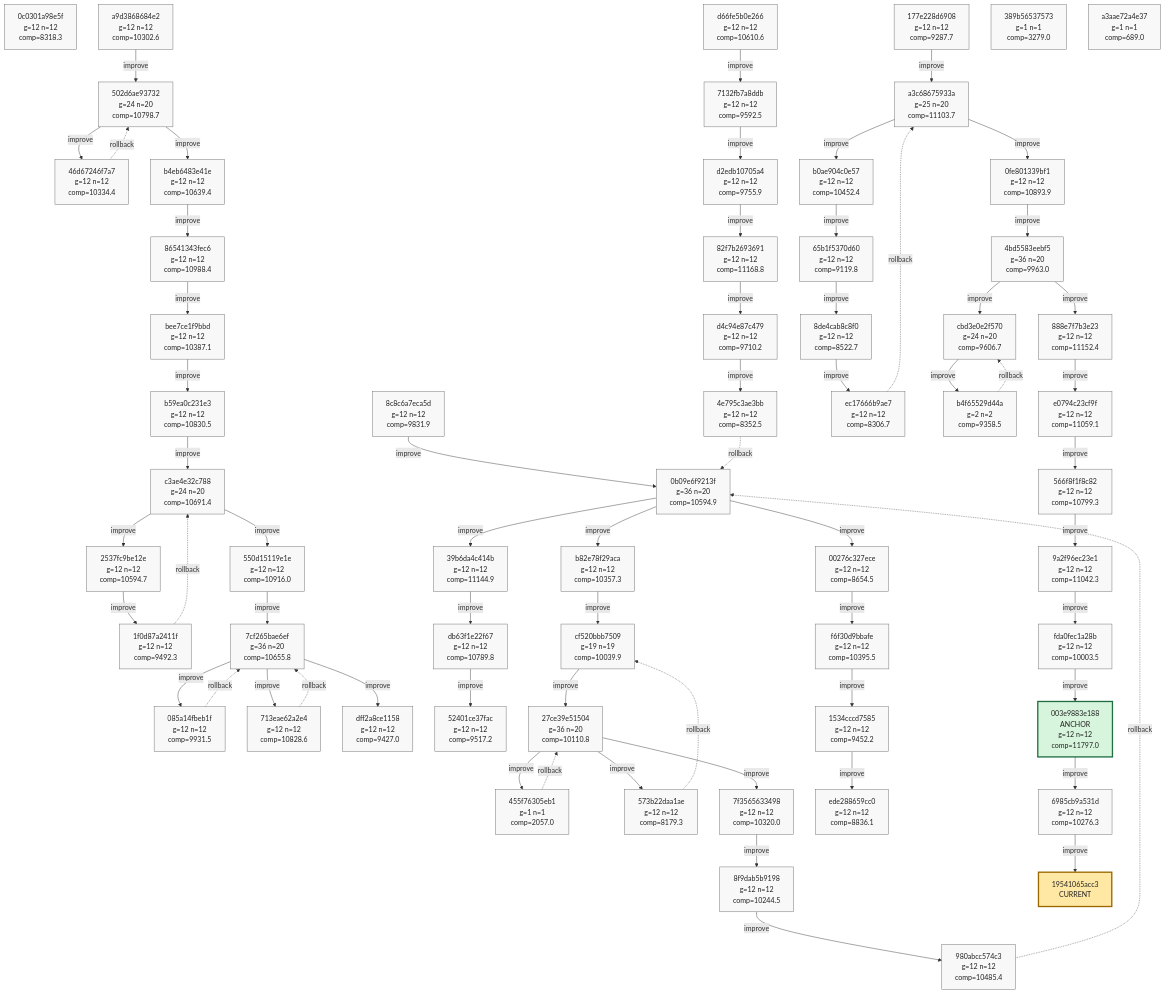
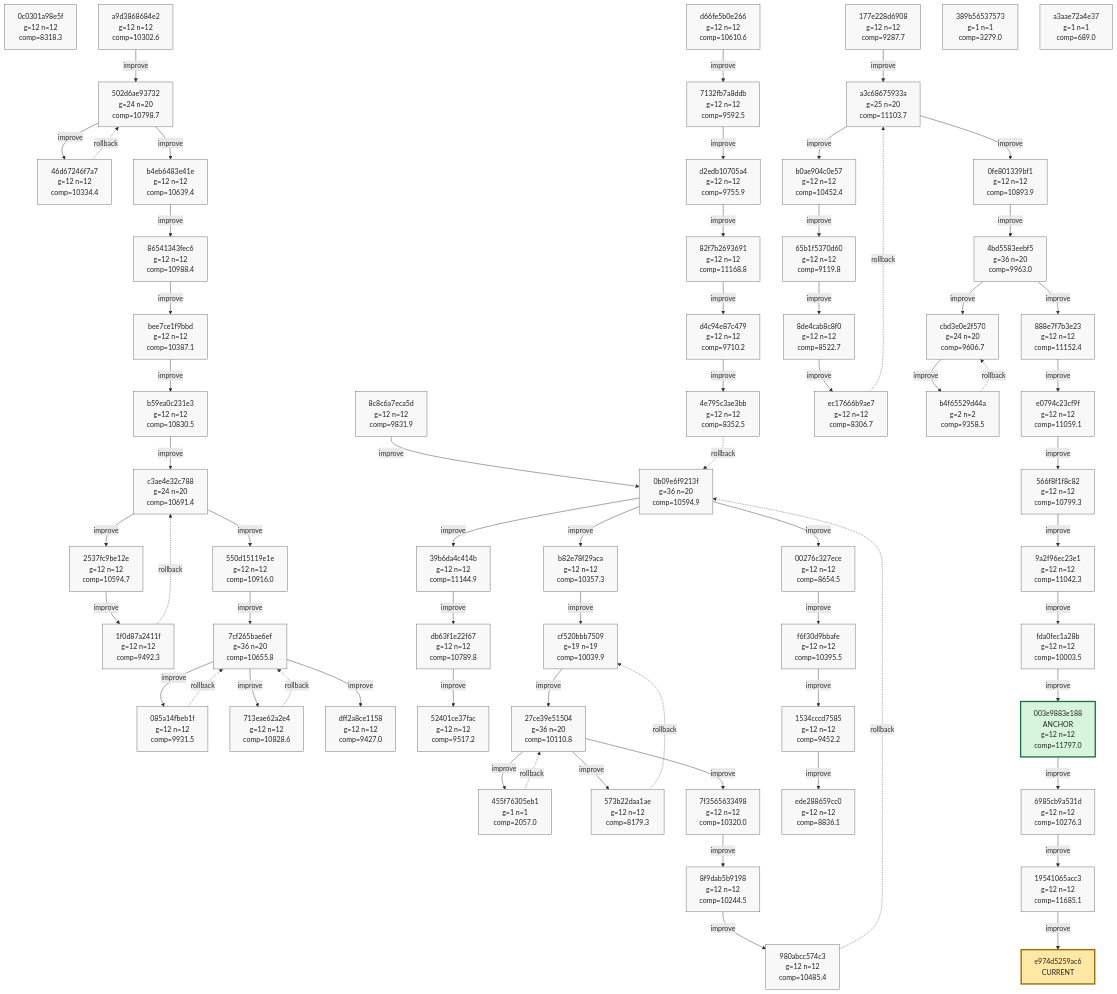
Before and after one commit to azumag/soviet_now: the tenth of 10 diagrams in phyrogenetic-tree.md, drawn with Mermaid. The commit also changed other lines of this file and 2 other files, not shown here.

Commit message:
eloop Improve after 12 games (scores: 19244 9224 7747 11995 14226 10439 12843 18554 13627 11938 10264 13347)

````diff
--- a/phyrogenetic-tree.md
+++ b/phyrogenetic-tree.md
@@ -2586,9 +2586,10 @@
     h_fda0fec1a28b["fda0fec1a28b<br/>g=12 n=12<br/>comp=10003.5"]
     h_003e9883e188["003e9883e188<br/>ANCHOR<br/>g=12 n=12<br/>comp=11797.0"]
     h_6985cb9a531d["6985cb9a531d<br/>g=12 n=12<br/>comp=10276.3"]
+    h_19541065acc3["19541065acc3<br/>g=12 n=12<br/>comp=11685.1"]
     h_389b56537573["389b56537573<br/>g=1 n=1<br/>comp=3279.0"]
     h_a3aae72a4e37["a3aae72a4e37<br/>g=1 n=1<br/>comp=689.0"]
-    h_19541065acc3["19541065acc3<br/>CURRENT"]
+    h_e974d5259ac6["e974d5259ac6<br/>CURRENT"]
 
     h_a9d3868684e2 -->|improve| h_502d6ae93732
     h_502d6ae93732 -->|improve| h_46d67246f7a7
@@ -2652,6 +2653,7 @@
     h_fda0fec1a28b -->|improve| h_003e9883e188
     h_003e9883e188 -->|improve| h_6985cb9a531d
     h_6985cb9a531d -->|improve| h_19541065acc3
+    h_19541065acc3 -->|improve| h_e974d5259ac6
 
     classDef plain fill:#f8f8f8,stroke:#666,stroke-width:1px,color:#222;
     classDef current fill:#ffe8a3,stroke:#9a6700,stroke-width:3px,color:#222;
@@ -2714,7 +2716,8 @@
     class h_fda0fec1a28b plain;
     class h_003e9883e188 anchor;
     class h_6985cb9a531d plain;
+    class h_19541065acc3 plain;
     class h_389b56537573 plain;
     class h_a3aae72a4e37 plain;
-    class h_19541065acc3 current;
+    class h_e974d5259ac6 current;
 ```
````
